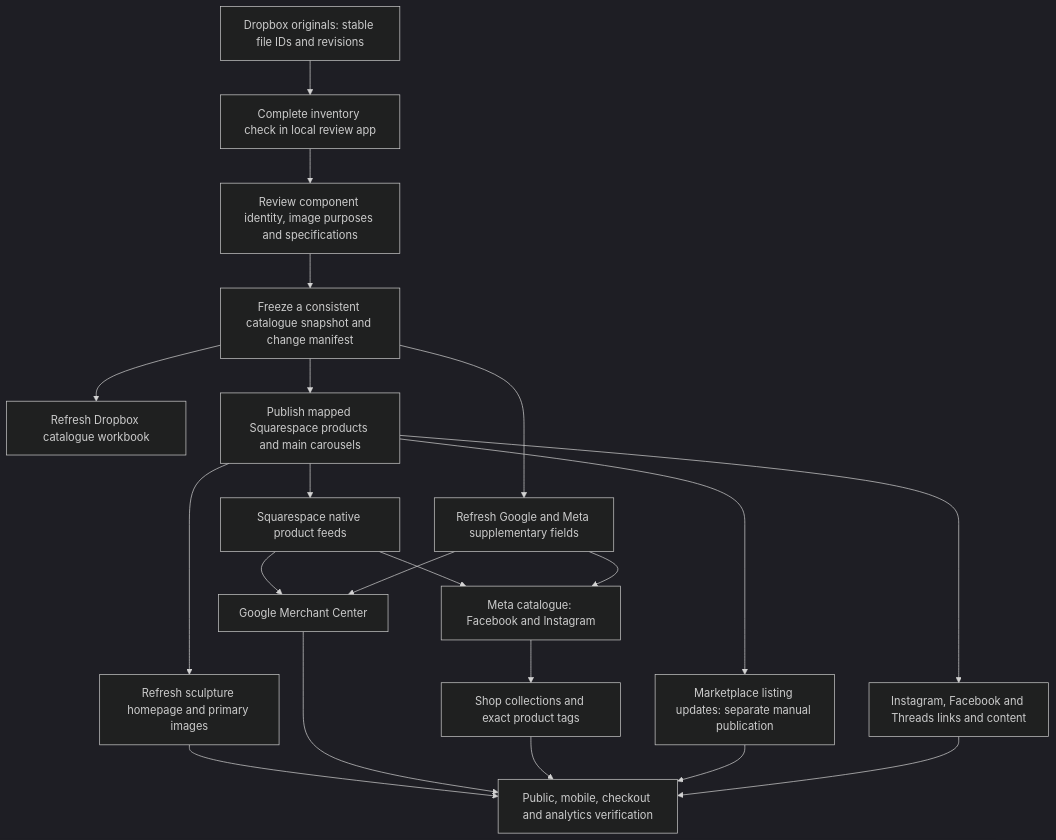
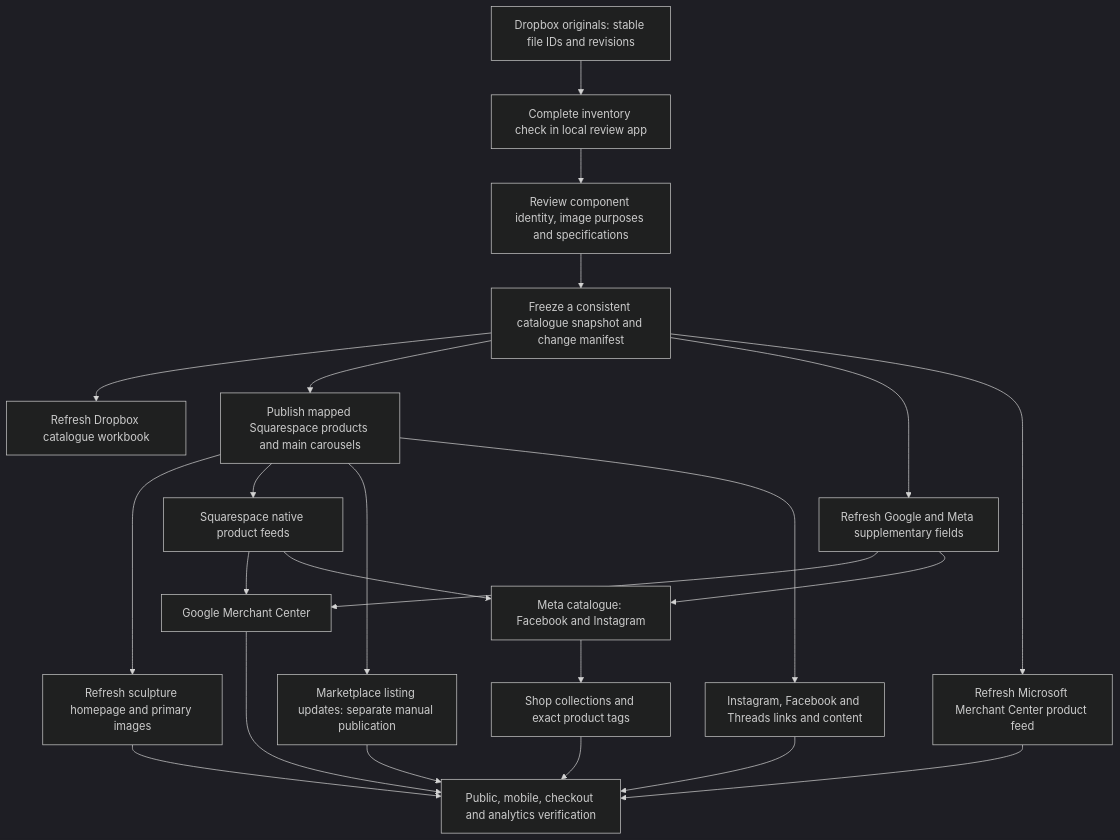
The diagram in channel-update-playbook/README.md (596050/boldstone_catalogue), drawn with Mermaid (dark theme) before and after one commit. The commit also changed other lines of this file and 211 other files, not shown here.

````diff
--- a/channel-update-playbook/README.md
+++ b/channel-update-playbook/README.md
@@ -19,23 +21,25 @@
 ```mermaid
 flowchart TD
   D[Dropbox originals: stable file IDs and revisions] --> I[Complete inventory check in local review app]
   I --> R[Review component identity, image purposes and specifications]
   R --> S[Freeze a consistent catalogue snapshot and change manifest]
   S --> W[Refresh Dropbox catalogue workbook]
   S --> Q[Publish mapped Squarespace products and main carousels]
   Q --> H[Refresh sculpture homepage and primary images]
   Q --> F[Squarespace native product feeds]
   F --> G[Google Merchant Center]
   F --> M[Meta catalogue: Facebook and Instagram]
   S --> X[Refresh Google and Meta supplementary fields]
   X --> G
   X --> M
+  S --> B[Refresh Microsoft Merchant Center product feed]
   M --> C[Shop collections and exact product tags]
   Q --> P[Marketplace listing updates: separate manual publication]
   Q --> T[Instagram, Facebook and Threads links and content]
   H --> V[Public, mobile, checkout and analytics verification]
   G --> V
+  B --> V
   C --> V
   P --> V
   T --> V
 ```
````
